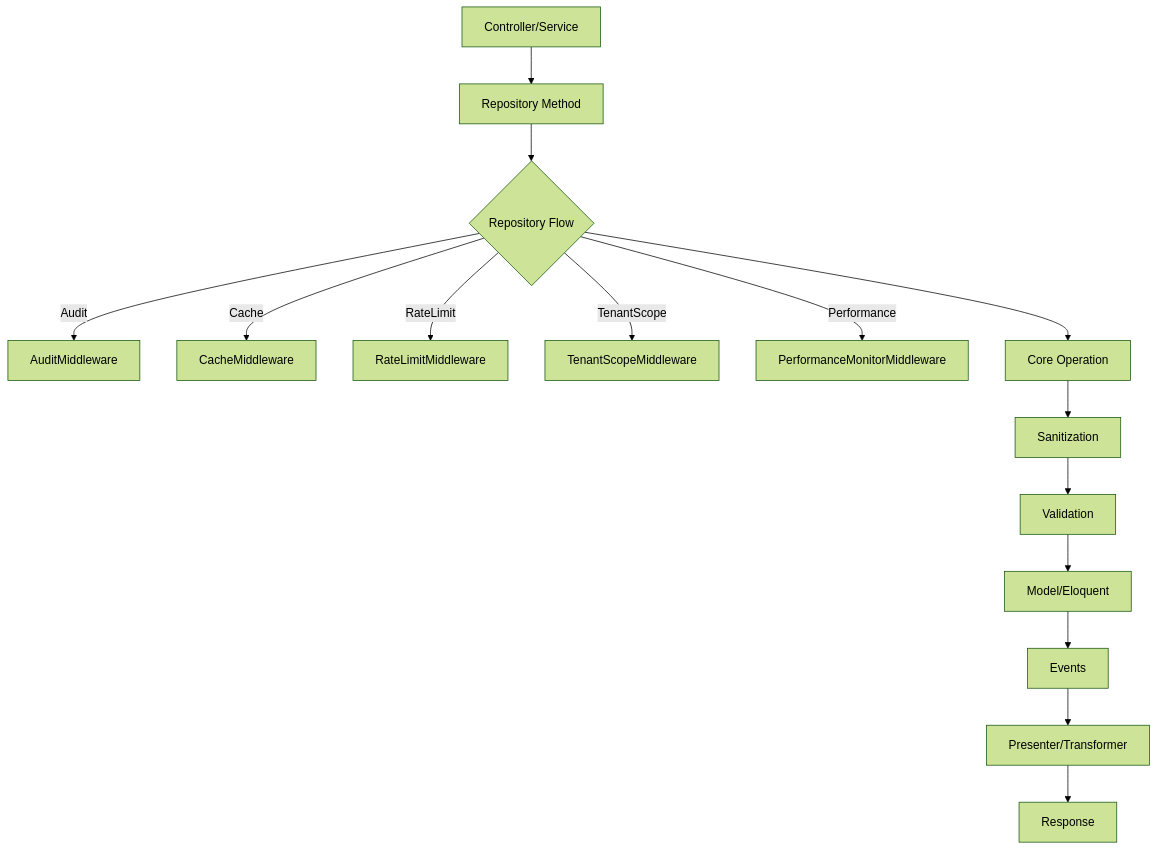
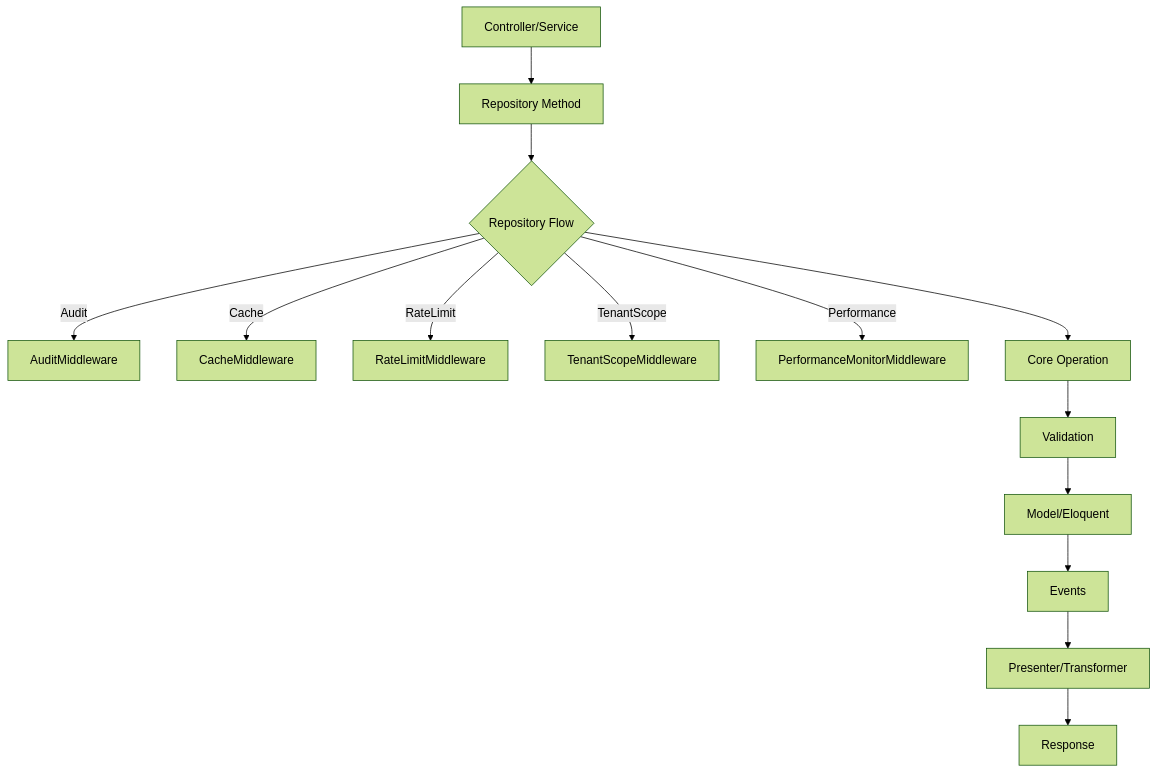
The first of 6 diagrams in docs/architecture.md (GigiArteni/apiato-repository), drawn with Mermaid (forest theme) before and after one commit. The commit also changed 23 other files, not shown here.

````diff
--- a/docs/architecture.md
+++ b/docs/architecture.md
@@ -9,17 +9,16 @@
 ```mermaid
 graph TD;
     A[Controller/Service] --> B[Repository Method]
     B --> C{Repository Flow}
     C -->|Audit| D[AuditMiddleware]
     C -->|Cache| E[CacheMiddleware]
     C -->|RateLimit| F[RateLimitMiddleware]
     C -->|TenantScope| G[TenantScopeMiddleware]
     C -->|Performance| H[PerformanceMonitorMiddleware]
     C --> I[Core Operation]
-    I --> J[Sanitization]
-    J --> K[Validation]
+    I --> K[Validation]
     K --> L[Model/Eloquent]
     L --> M[Events]
     M --> N[Presenter/Transformer]
     N --> O[Response]
 ```
````
